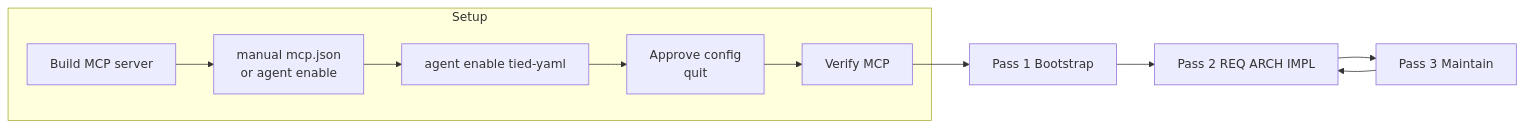
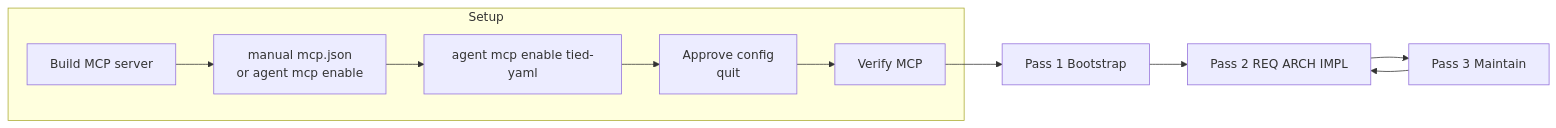
Before and after one commit to fareedst/bkpdir: the diagram in tied/docs/adding-tied-mcp-and-invoking-passes.md, drawn with Mermaid. The commit also changed other lines of this file and 683 other files, not shown here.

````diff
--- a/tied/docs/adding-tied-mcp-and-invoking-passes.md
+++ b/tied/docs/adding-tied-mcp-and-invoking-passes.md
@@ -188,18 +188,18 @@
 ```mermaid
 flowchart LR
   subgraph setupFlow [Setup]
     BuildMcp[Build MCP server]
-    McpConfig["manual mcp.json\nor agent enable"]
-    AgentEnable["agent enable tied-yaml"]
+    McpConfig["manual mcp.json\nor agent mcp enable"]
+    AgentEnable["agent mcp enable tied-yaml"]
     ApproveQuit["Approve config\nquit"]
     VerifySetup[Verify MCP]
     BuildMcp --> McpConfig --> AgentEnable --> ApproveQuit --> VerifySetup
   end
   Pass1[Pass 1 Bootstrap]
   Pass2[Pass 2 REQ ARCH IMPL]
   Pass3[Pass 3 Maintain]
   VerifySetup --> Pass1
   Pass1 --> Pass2
   Pass2 --> Pass3
   Pass3 --> Pass2
 ```
````
